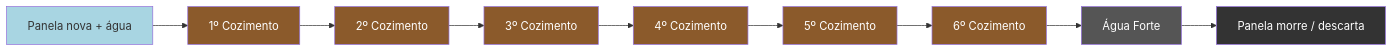
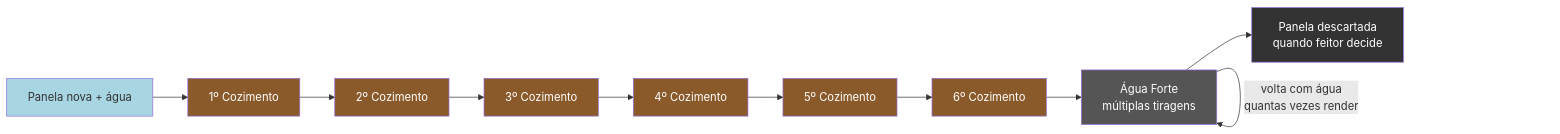
One commit to nitaibezerra/gestao-feitio changed the seventh of 15 diagrams in projeto/tutorial-producao-daime.md. Above: the diagram before and after it, drawn with Mermaid. The commit also changed other lines of this file and 2 other files, not shown here.

First line of the commit message:
docs: corrigir tutorial, requisitos e projeto com feedback do feitor

````diff
--- a/projeto/tutorial-producao-daime.md
+++ b/projeto/tutorial-producao-daime.md
@@ -234,21 +255,22 @@
 ```mermaid
 flowchart LR
     P[Panela nova + água] --> C1[1º Cozimento]
     C1 --> C2[2º Cozimento]
     C2 --> C3[3º Cozimento]
     C3 --> C4[4º Cozimento]
     C4 --> C5[5º Cozimento]
     C5 --> C6[6º Cozimento]
-    C6 --> AF[Água Forte]
-    AF --> FIM[Panela morre / descarta]
+    C6 --> AF[Água Forte<br/>múltiplas tiragens]
+    AF -->|volta com água<br/>quantas vezes render| AF
+    AF --> FIM[Panela descartada<br/>quando feitor decide]
 
     style P fill:#a8d5e2
     style C1 fill:#8b5a2b,color:#fff
     style C2 fill:#8b5a2b,color:#fff
     style C3 fill:#8b5a2b,color:#fff
     style C4 fill:#8b5a2b,color:#fff
     style C5 fill:#8b5a2b,color:#fff
     style C6 fill:#8b5a2b,color:#fff
     style AF fill:#555,color:#fff
     style FIM fill:#333,color:#fff
 ```
````
